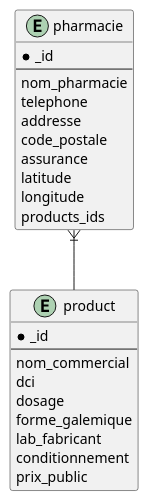
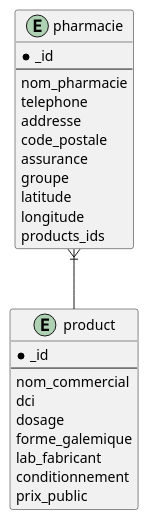
Before and after one commit to abdoulfataoh/pharmacies: the diagram in docs/data_structure.md, drawn with PlantUML. The commit also changed other lines of this file, not shown here.

````diff
--- a/docs/data_structure.md
+++ b/docs/data_structure.md
@@ -40,29 +41,30 @@
 ```plantuml 
     @startuml
     entity product {
         * _id
         --
         nom_commercial
         dci
         dosage
         forme_galemique
         lab_fabricant
         conditionnement
         prix_public
     }
 
     entity pharmacie {
         * _id
         --
         nom_pharmacie
         telephone
         addresse
         code_postale
         assurance
+        groupe
         latitude
         longitude
         products_ids
     }
 pharmacie }|-- product
 @enduml
 ```
````
